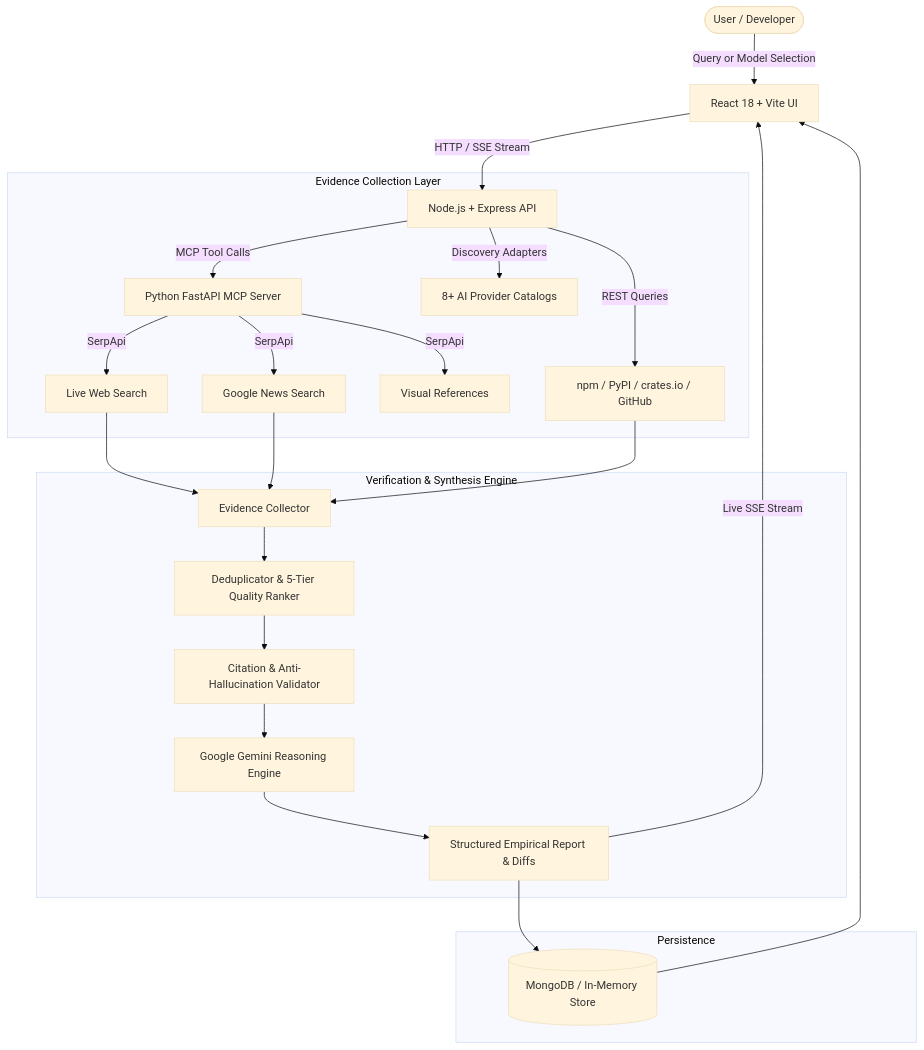
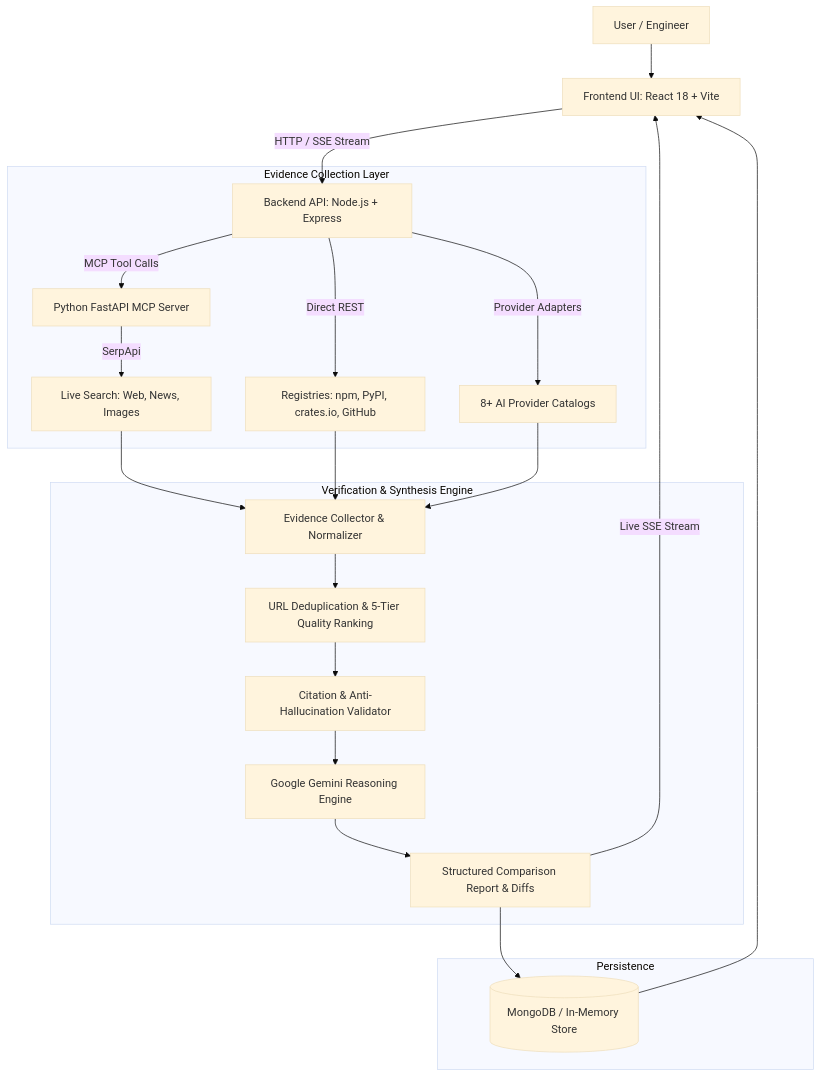
One commit to SyedAman1907/Library_Lens changed the diagram in README.md. Above: the diagram before and after it, drawn with Mermaid (base theme). The commit also changed other lines of this file, not shown here.

````diff
--- a/README.md
+++ b/README.md
@@ -57,29 +114,27 @@
 ```mermaid
 flowchart TD
-    User([User / Developer]) -->|Query or Model Selection| Frontend[React 18 + Vite UI]
-    Frontend -->|HTTP / SSE Stream| Backend[Node.js + Express API]
-
-    subgraph Evidence_Layer ["Evidence Collection Layer"]
-        Backend -->|MCP Tool Calls| MCP[Python FastAPI MCP Server]
-        MCP -->|SerpApi| WebSearch[Live Web Search]
-        MCP -->|SerpApi| NewsSearch[Google News Search]
-        MCP -->|SerpApi| ImageSearch[Visual References]
-        Backend -->|REST Queries| Registries[npm / PyPI / crates.io / GitHub]
-        Backend -->|Discovery Adapters| Providers[8+ AI Provider Catalogs]
+    U[User / Engineer] --> F[Frontend UI: React 18 + Vite]
+    F -->|HTTP / SSE Stream| B[Backend API: Node.js + Express]
+    
+    subgraph Evidence_Layer [Evidence Collection Layer]
+        B -->|MCP Tool Calls| M[Python FastAPI MCP Server]
+        M -->|SerpApi| S[Live Search: Web, News, Images]
+        B -->|Direct REST| R[Registries: npm, PyPI, crates.io, GitHub]
+        B -->|Provider Adapters| P[8+ AI Provider Catalogs]
     end
 
-    subgraph Synthesis_Engine ["Verification & Synthesis Engine"]
-        WebSearch & NewsSearch & Registries --> Collector[Evidence Collector]
-        Collector --> Ranker[Deduplicator & 5-Tier Quality Ranker]
-        Ranker --> Validator[Citation & Anti-Hallucination Validator]
-        Validator --> Gemini[Google Gemini Reasoning Engine]
-        Gemini --> ReportGen[Structured Empirical Report & Diffs]
+    subgraph Synthesis_Engine [Verification & Synthesis Engine]
+        S & R & P --> E[Evidence Collector & Normalizer]
+        E --> D[URL Deduplication & 5-Tier Quality Ranking]
+        D --> V[Citation & Anti-Hallucination Validator]
+        V --> G[Google Gemini Reasoning Engine]
+        G --> O[Structured Comparison Report & Diffs]
     end
 
-    subgraph Storage ["Persistence"]
-        ReportGen --> DB[(MongoDB / In-Memory Store)]
+    subgraph Storage [Persistence]
+        O --> DB[(MongoDB / In-Memory Store)]
     end
 
-    DB --> Frontend
-    ReportGen -->|Live SSE Stream| Frontend
+    DB --> F
+    O -->|Live SSE Stream| F
 ```
````
